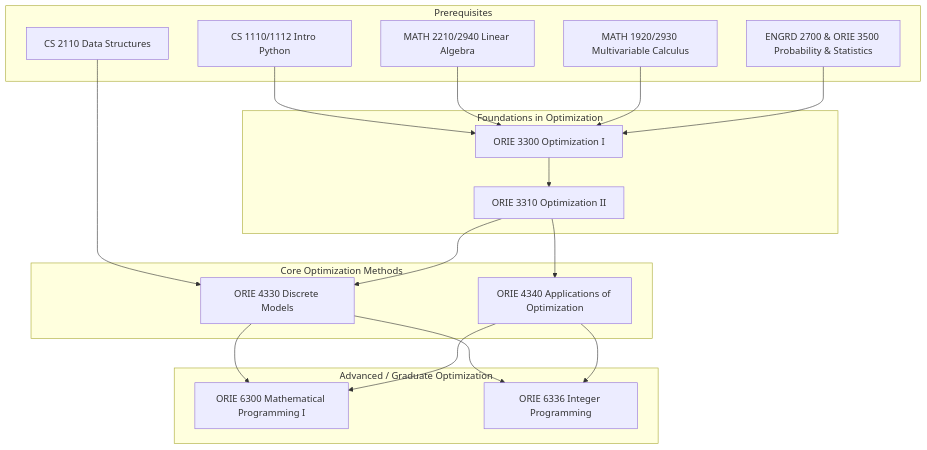
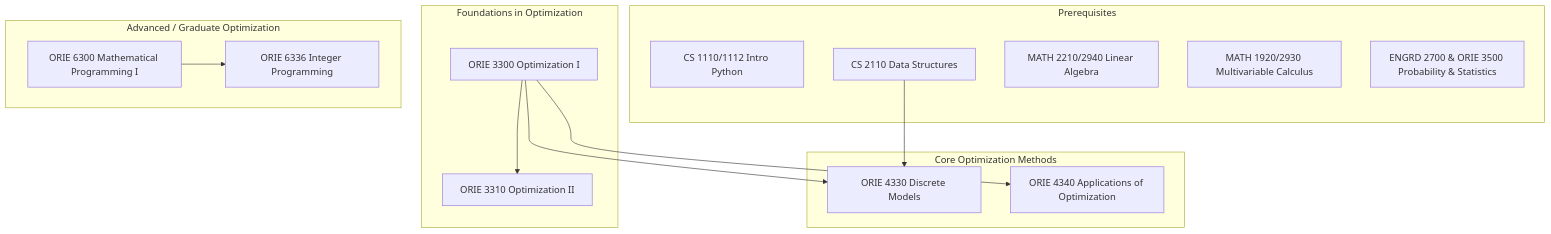
The diagram in orieopt.md (jmyphn/engineering-wiki), drawn with Mermaid before and after one commit. The commit also changed 3 other files, not shown here.

Commit message:
flow chart updates

````diff
--- a/orieopt.md
+++ b/orieopt.md
@@ -14,47 +14,42 @@
 ```mermaid
 flowchart TD
 
   %% ===== PREREQS =====
   subgraph A1[Prerequisites]
     A1a[CS 1110/1112 Intro Python]
     A1b[CS 2110 Data Structures]
     A1c[MATH 2210/2940 Linear Algebra]
     A1d[MATH 1920/2930 Multivariable Calculus]
     A1e[ENGRD 2700 & ORIE 3500 Probability & Statistics]
   end
 
   %% ===== FOUNDATIONS =====
   subgraph B1[Foundations in Optimization]
     B1a[ORIE 3300 Optimization I]
     B1b[ORIE 3310 Optimization II]
   end
 
   %% ===== CORE METHODS =====
   subgraph C1[Core Optimization Methods]
     C1a[ORIE 4330 Discrete Models]
     C1b[ORIE 4340 Applications of Optimization]
   end
 
   %% ===== ADVANCED & THEORY =====
   subgraph D1[Advanced / Graduate Optimization]
     D1a[ORIE 6300 Mathematical Programming I]
     D1b[ORIE 6336 Integer Programming]
   end
 
   %% ===== LINKS =====
-  A1a --> B1a
-  A1b --> C1a
-  A1c --> B1a
-  A1d --> B1a
-  A1e --> B1a
 
   B1a --> B1b
-  B1b --> C1a
-  B1b --> C1b
 
-  C1a --> D1a
-  C1a --> D1b
-  C1b --> D1a
-  C1b --> D1b
+  B1a --> C1a
+  A1b --> C1a
+
+  B1a --> C1b
+
+  D1a --> D1b
 
 ```
````
